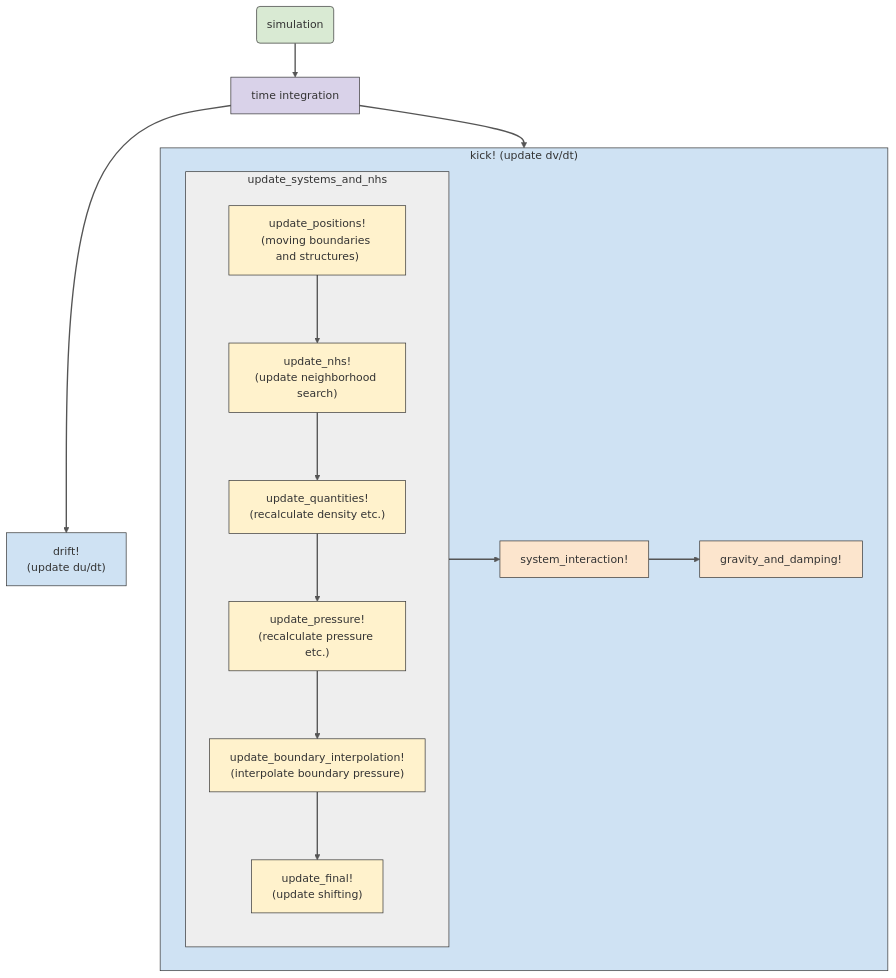
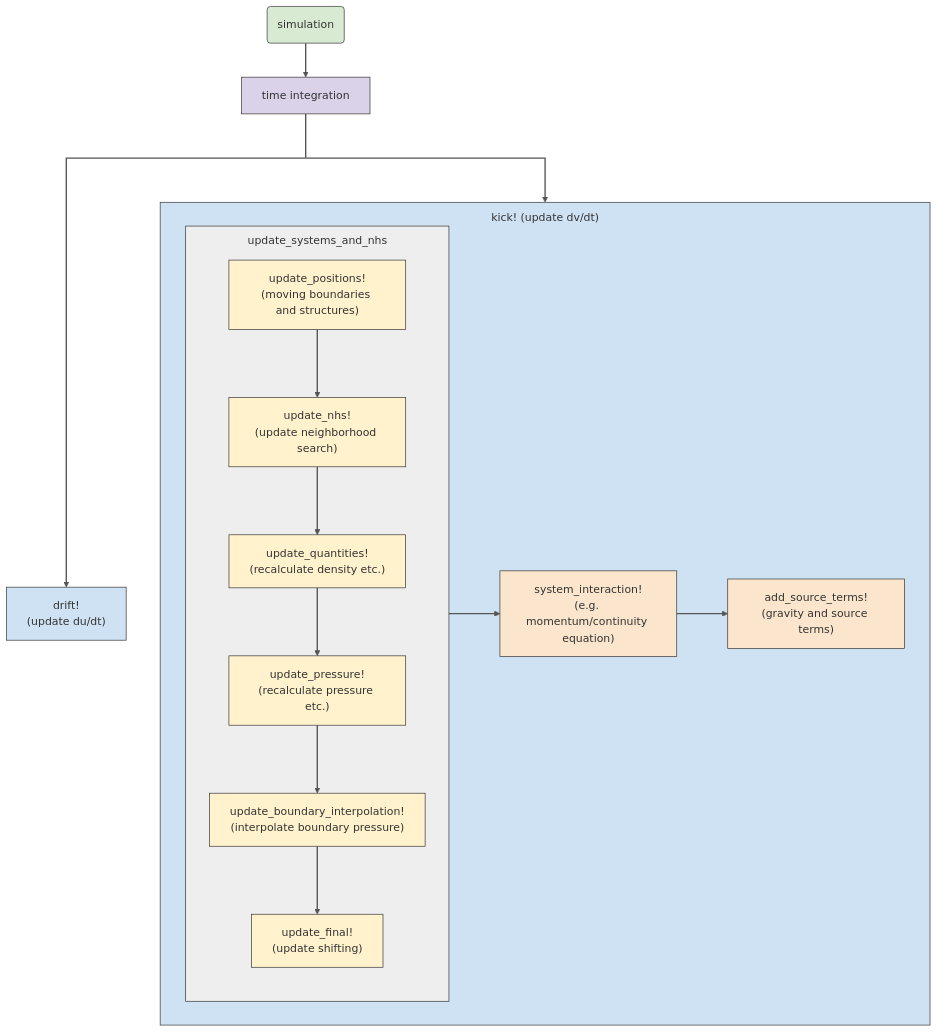
One commit to trixi-framework/TrixiParticles.jl changed the diagram in docs/src/overview.md. Above: the diagram before and after it, drawn with Mermaid (neutral theme).

Commit message:
Improve diagram

````diff
--- a/docs/src/overview.md
+++ b/docs/src/overview.md
@@ -20,52 +20,59 @@
 ```mermaid
+%% Make arrows bend at right angles
+%%{ init : { "flowchart" : { "curve" : "stepAfter" }}}%%
+
 %% TD means vertical layout
 flowchart TD
     %% --- Define color palette and styles ---
     classDef start_node fill:#d9ead3,stroke:#333,color:#333
     classDef time_integration fill:#d9d2e9,stroke:#333,color:#333
     classDef primary_stage fill:#cfe2f3,stroke:#333,color:#333
     classDef update fill:#eeeeee,stroke:#333,color:#333
     classDef updates fill:#fff2cc,stroke:#333,color:#333
     classDef physics fill:#fce5cd,stroke:#333,color:#333
 
     A(simulation) --> B[time integration];
-    B --> C["drift!<br/>(update du/dt)"];
 
-    subgraph kick["kick! (update dv/dt)"]
+    %% Add hidden dummy node to branch the arrow nicely
+    B --- dummy[ ];
+    style dummy width:0;
+    dummy --> C["drift!<br/>(update du/dt)"];
+
+    subgraph kick["<div style='padding: 10px'>kick! (update dv/dt)</div>"]
         %% Horizontal layout within this subgraph
         direction LR;
 
-        subgraph "update_systems_and_nhs"
+        subgraph updates["<div style='padding: 10px'>update_systems_and_nhs</div>"]
             %% Vertical layout within this subgraph
             direction TB;
 
             H["update_positions!<br/>(moving boundaries and structures)"];
             I["update_nhs!<br/>(update neighborhood search)"];
             J["update_quantities!<br/>(recalculate density etc.)"];
             K["update_pressure!<br/>(recalculate pressure etc.)"];
             L["update_boundary_interpolation!<br/>(interpolate boundary pressure)"];
             M["update_final!<br/>(update shifting)"];
 
             H --> I --> J --> K --> L --> M;
         end
 
-        F[system_interaction!];
-        G[gravity_and_damping!];
+        F["system_interaction!<br/>(e.g. momentum/continuity equation)"];
+        G["add_source_terms!<br/>(gravity and source terms)"];
 
-        update_systems_and_nhs --> F --> G;
+        updates --> F --> G;
     end
 
-    B --> kick;
+    dummy --> kick;
 
     %% Color the sub-tasks by their function
     class A start_node;
     class B time_integration;
     class C primary_stage;
     class kick primary_stage;
-    class update_systems_and_nhs update;
+    class updates update;
     class H,I,J,K,L,M updates;
     class F,G physics;
 
     %% Style the arrows
     linkStyle default stroke-width:2px,stroke:#555
 ```
````
